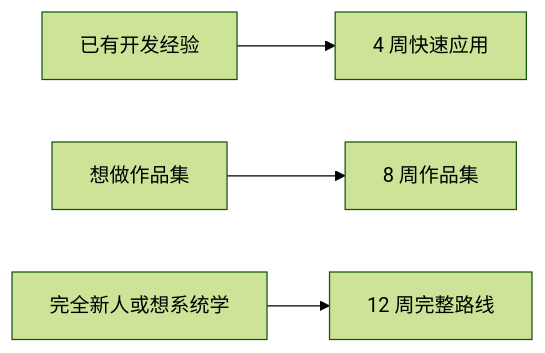
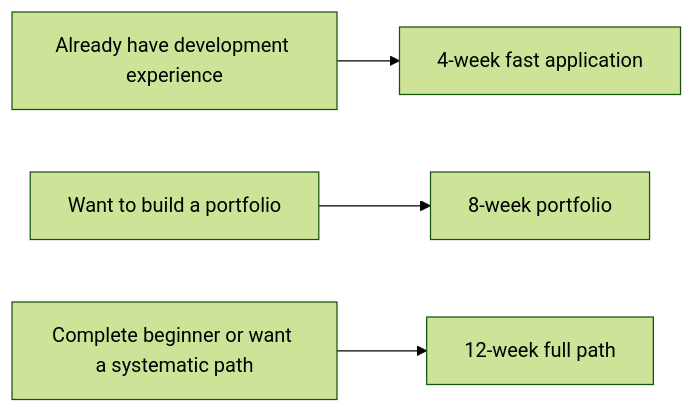
The diagram in docs/intro/learning-schedule.md (oudbiao/AI-fullstack-course), drawn with Mermaid (forest theme) before and after one commit. The commit also changed other lines of this file and 1406 other files, not shown here.

````diff
--- a/docs/intro/learning-schedule.md
+++ b/docs/intro/learning-schedule.md
@@ -18,6 +18,6 @@
 ```mermaid
 flowchart LR
-  A["已有开发经验"] --> B["4 周快速应用"]
-  C["想做作品集"] --> D["8 周作品集"]
-  E["完全新人或想系统学"] --> F["12 周完整路线"]
+  A["Already have development experience"] --> B["4-week fast application"]
+  C["Want to build a portfolio"] --> D["8-week portfolio"]
+  E["Complete beginner or want a systematic path"] --> F["12-week full path"]
 ```
````
